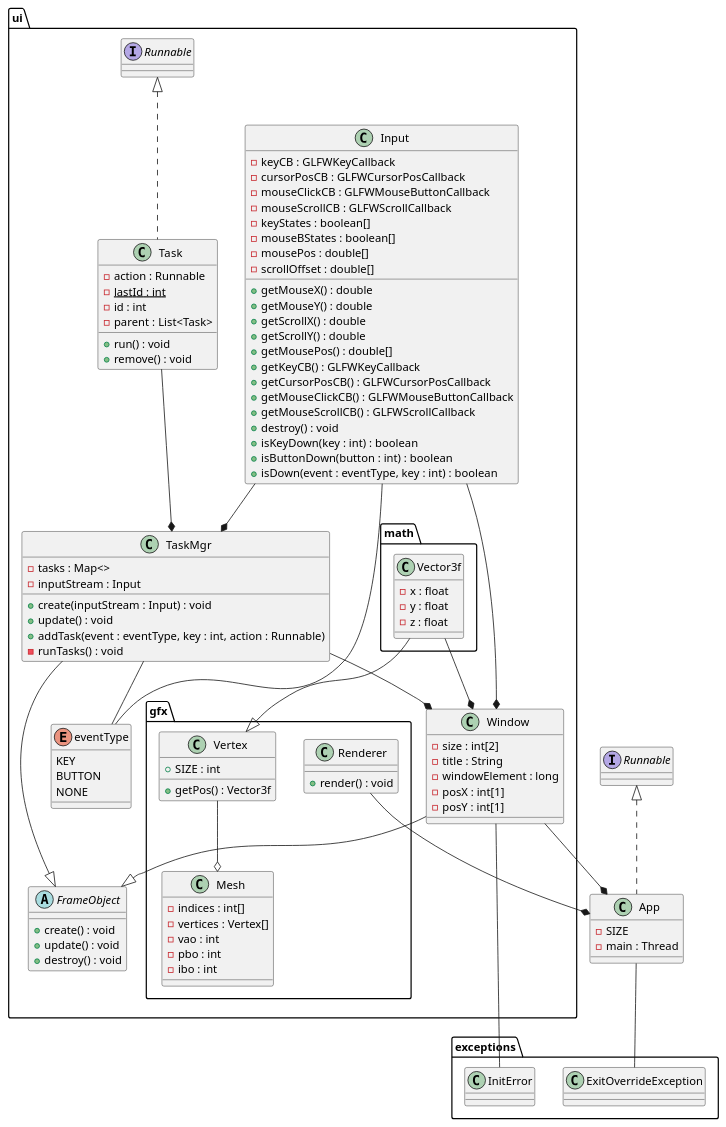
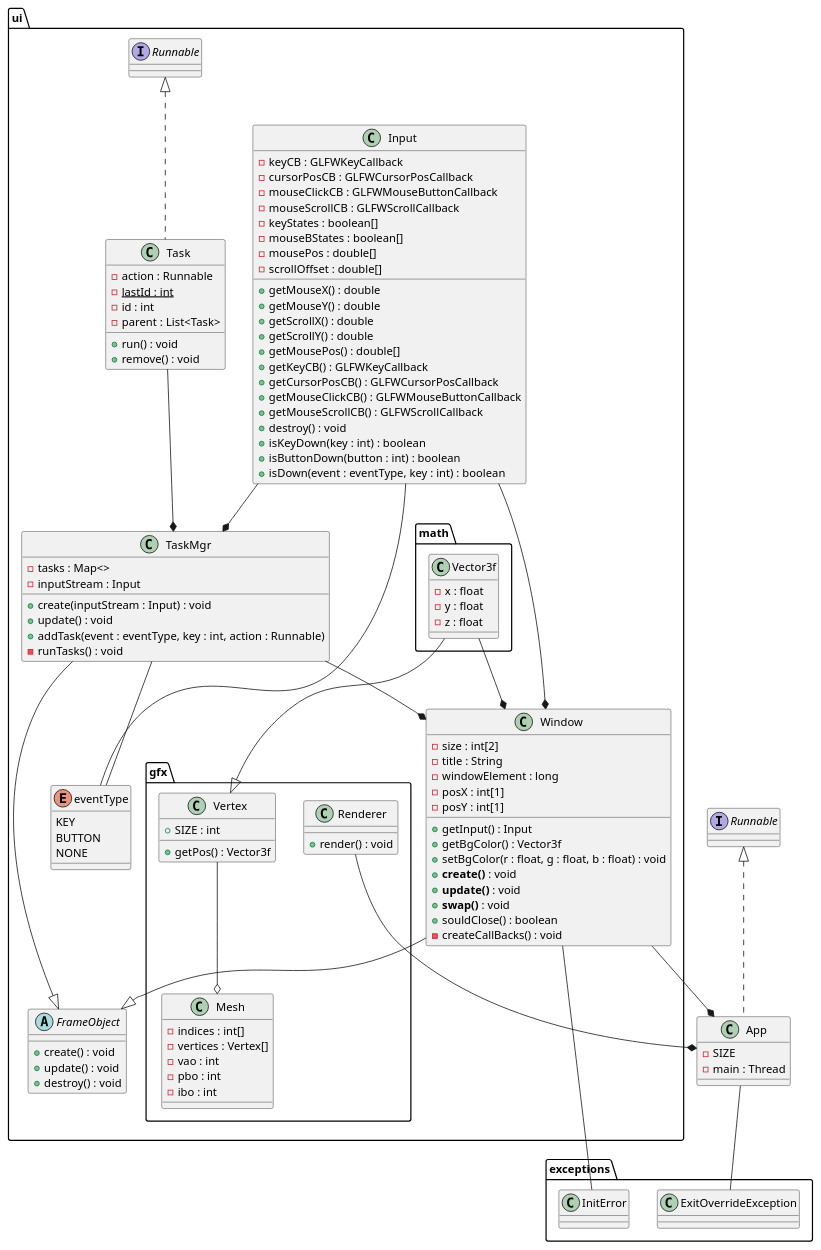
Before and after one commit to photonsquid/7map: the diagram in management/meetings/team-rendering/diagram_rendering.plantuml, drawn with PlantUML. The commit also changed 25 other files, not shown here.

```diff
--- a/management/meetings/team-rendering/diagram_rendering.plantuml
+++ b/management/meetings/team-rendering/diagram_rendering.plantuml
@@ -1,135 +1,146 @@
 @startuml diagram
 
 class App implements Runnable {
     - SIZE
     - main : Thread
 }
 
 interface Runnable {
 
 }
 
 package exceptions {
     class ExitOverrideException {
 
     }
     class InitError {
 
     }
 }
 package ui {
     
     class Window {
         - size : int[2]
         - title : String
         - windowElement : long
         - posX : int[1]
         - posY : int[1]
+        + getInput() : Input
+        + getBgColor() : Vector3f
+        + setBgColor(r : float, g : float, b : float) : void
+        + **create()** : void
+        + **update()** : void
+        + **swap()** : void
+        + souldClose() : boolean
+        - createCallBacks() : void
+
+
+
 
     }
 
     enum eventType {
         KEY
         BUTTON
         NONE
     }
 
     class Input {
         - keyCB : GLFWKeyCallback
         - cursorPosCB : GLFWCursorPosCallback
         - mouseClickCB : GLFWMouseButtonCallback
         - mouseScrollCB : GLFWScrollCallback
         - keyStates : boolean[]
         - mouseBStates : boolean[]
         - mousePos : double[]
         - scrollOffset : double[]
         + getMouseX() : double
         + getMouseY() : double
         + getScrollX() : double
         + getScrollY() : double
         + getMousePos() : double[]
         + getKeyCB() : GLFWKeyCallback
         + getCursorPosCB() : GLFWCursorPosCallback
         + getMouseClickCB() : GLFWMouseButtonCallback
         + getMouseScrollCB() : GLFWScrollCallback
         + destroy() : void
         + isKeyDown(key : int) : boolean
         + isButtonDown(button : int) : boolean
         + isDown(event : eventType, key : int) : boolean
 
         
     }
 
     class TaskMgr {
         - tasks : Map<>
         - inputStream : Input
         + create(inputStream : Input) : void
         + update() : void
         + addTask(event : eventType, key : int, action : Runnable)
         - runTasks() : void
         
     }
 
     class Task implements Runnable {
         - action : Runnable
         - {static} lastId : int
         - id : int
         - parent : List<Task>
         + run() : void
         + remove() : void
     }
 
     package gfx {
 
         class Renderer {
             + render() : void
         }
 
         class Mesh {
             - indices : int[]
             - vertices : Vertex[]
             - vao : int
             - pbo : int
             - ibo : int
         }
 
         class Vertex {
             + SIZE : int
             + getPos() : Vector3f
         }
     }
     
     package math {
         class Vector3f {
             - x : float
             - y : float
             - z : float
         }
     }
 
 
     abstract class FrameObject {
         + create() : void
         + update() : void
         + destroy() : void
 
     }
 }
 
 Window --* App
 Renderer --* App
 TaskMgr --* Window
 Input --* Window
 Vector3f --* Window
 Vertex --o Mesh
 Task --* TaskMgr
 TaskMgr --|> FrameObject
 Window --|> FrameObject
 Window -- InitError
 Input -- eventType
 TaskMgr -- eventType
 Input --* TaskMgr
 App -- ExitOverrideException
 Vector3f --|> Vertex
 
 @enduml
```
